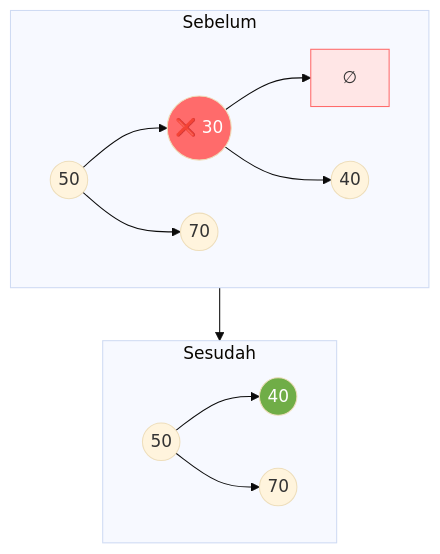
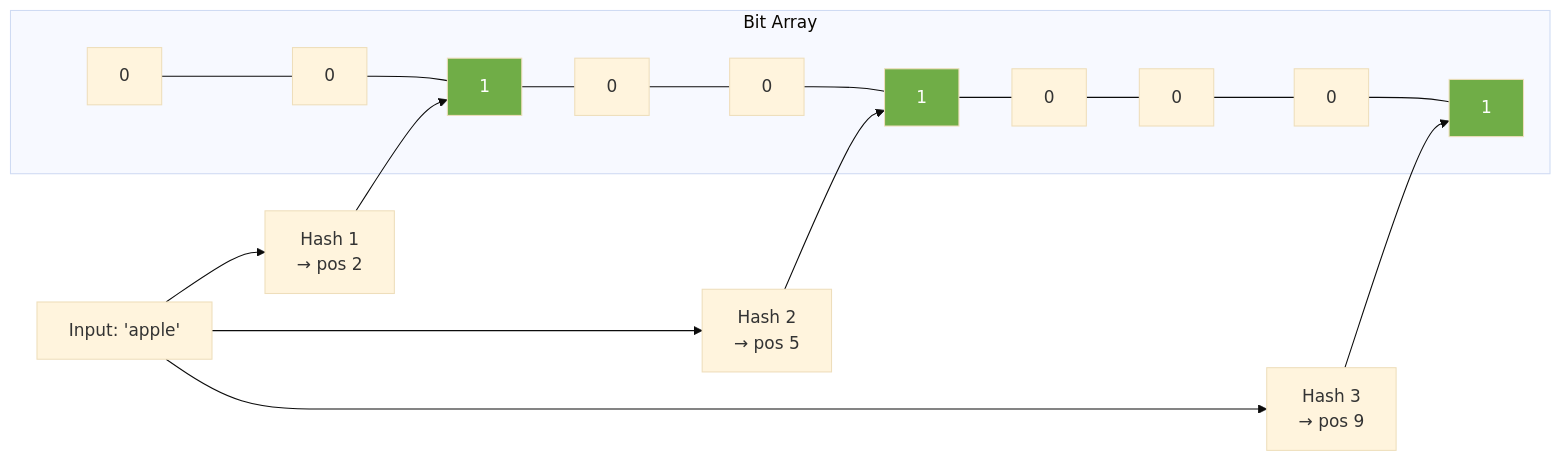
Diagram 13 of 15 in materi-baru.md (aidilsaputrakirsan/webVisualisasi), drawn with Mermaid (base theme) before and after one commit. The commit also changed other lines of this file and 56 other files, not shown here.

````diff
--- a/materi-baru.md
+++ b/materi-baru.md
@@ -394,20 +643,18 @@
 ```mermaid
-flowchart TB
-    subgraph BEFORE [Sebelum]
-        B50((50)) --> B30((❌ 30))
-        B50 --> B70((70))
-        B30 --> BNULL[∅]
-        B30 --> B40((40))
+flowchart LR
+    INPUT[Input: 'apple'] --> H1[Hash 1<br/>→ pos 2]
+    INPUT --> H2[Hash 2<br/>→ pos 5]
+    INPUT --> H3[Hash 3<br/>→ pos 9]
+    
+    subgraph BIT_ARRAY [Bit Array]
+        B0[0] --- B1[0] --- B2[1] --- B3[0] --- B4[0] --- B5[1] --- B6[0] --- B7[0] --- B8[0] --- B9[1]
     end
     
-    subgraph AFTER [Sesudah]
-        A50((50)) --> A40((40))
-        A50 --> A70((70))
-    end
+    H1 --> B2
+    H2 --> B5
+    H3 --> B9
     
-    BEFORE --> AFTER
-    
-    style B30 fill:#FF6B6B,color:#fff
-    style A40 fill:#70AD47,color:#fff
-    style BNULL fill:#FFE6E6,stroke:#FF6B6B
+    style B2 fill:#70AD47,color:#fff
+    style B5 fill:#70AD47,color:#fff
+    style B9 fill:#70AD47,color:#fff
 ```
````
